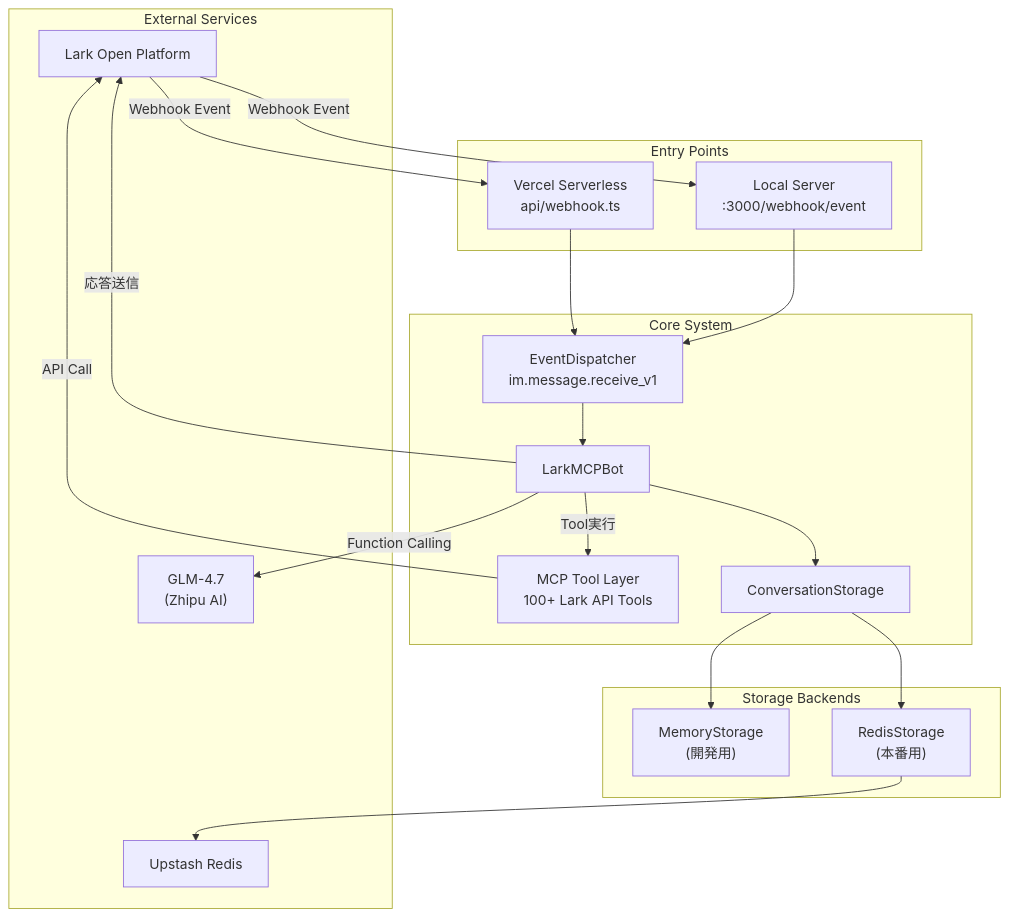
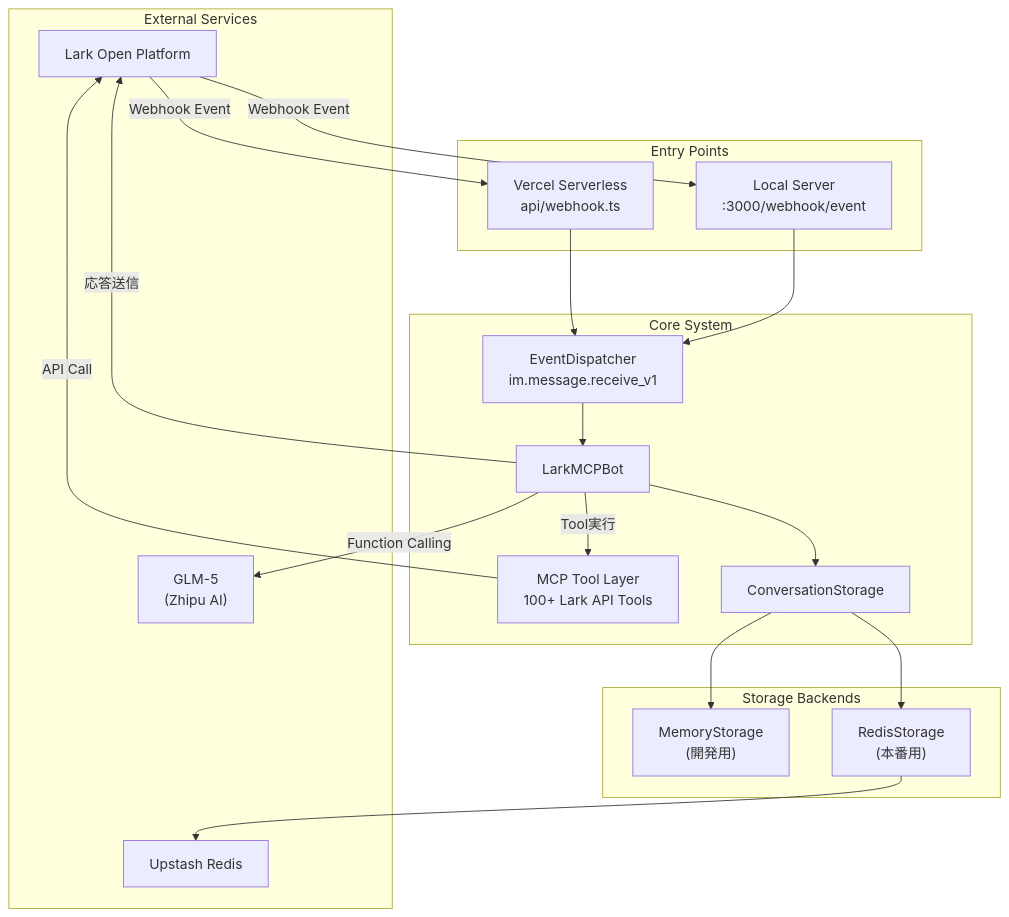
One commit to shoma-endo/lark-mcp-bot changed the first of 4 diagrams in README.md. Above: the diagram before and after it, drawn with Mermaid. The commit also changed other lines of this file and 6 other files, not shown here.

````diff
--- a/README.md
+++ b/README.md
@@ -28,39 +30,39 @@
 ```mermaid
 graph TB
     subgraph "External Services"
         LarkAPI["Lark Open Platform"]
-        GLM["GLM-4.7<br/>(Zhipu AI)"]
+        GLM["GLM-5<br/>(Zhipu AI)"]
         Redis["Upstash Redis"]
     end
 
     subgraph "Entry Points"
         Local["Local Server<br/>:3000/webhook/event"]
         Vercel["Vercel Serverless<br/>api/webhook.ts"]
     end
 
     subgraph "Core System"
         ED["EventDispatcher<br/>im.message.receive_v1"]
         Bot["LarkMCPBot"]
         MCP["MCP Tool Layer<br/>100+ Lark API Tools"]
         Storage["ConversationStorage"]
     end
 
     subgraph "Storage Backends"
         Mem["MemoryStorage<br/>(開発用)"]
         RedisStore["RedisStorage<br/>(本番用)"]
     end
 
     LarkAPI -- "Webhook Event" --> Local
     LarkAPI -- "Webhook Event" --> Vercel
     Local --> ED
     Vercel --> ED
     ED --> Bot
     Bot -- "Function Calling" --> GLM
     Bot -- "Tool実行" --> MCP
     MCP -- "API Call" --> LarkAPI
     Bot --> Storage
     Storage --> Mem
     Storage --> RedisStore
     RedisStore --> Redis
     Bot -- "応答送信" --> LarkAPI
 ```
````
